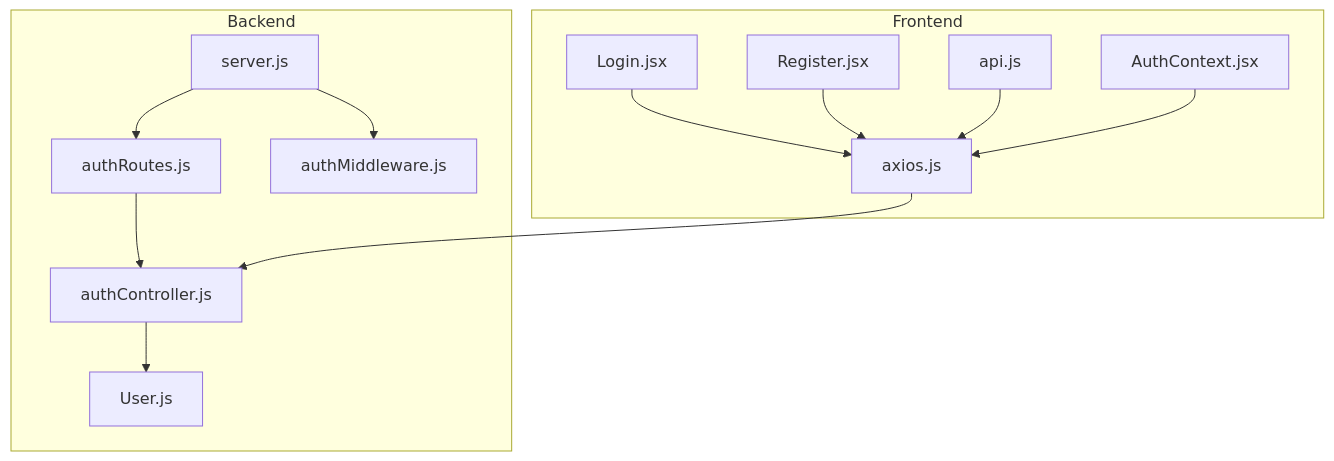
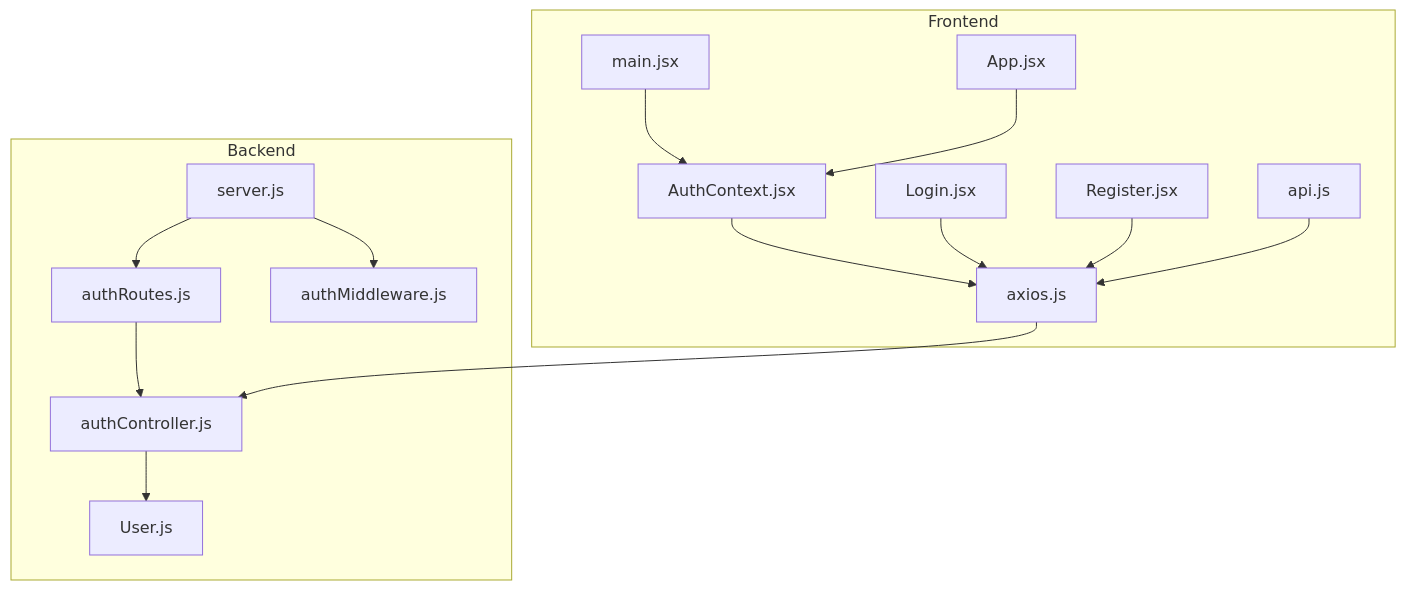
One commit to Pavan-PSPK9032/TrendsandToss changed the first of 5 diagrams in .qoder/repowiki/en/content/Authentication & Authorization/JWT Token Flow & Management.md. Above: the diagram before and after it, drawn with Mermaid. The commit also changed other lines of this file and 5 other files, not shown here.

````diff
--- a/.qoder/repowiki/en/content/Authentication & Authorization/JWT Token Flow & Management.md
+++ b/.qoder/repowiki/en/content/Authentication & Authorization/JWT Token Flow & Management.md
@@ -36,25 +46,29 @@
 ```mermaid
 graph TB
 subgraph "Backend"
 S["server.js"]
 AR["authRoutes.js"]
 AC["authController.js"]
 AM["authMiddleware.js"]
 UM["User.js"]
 end
 subgraph "Frontend"
+MAIN["main.jsx"]
 AX["axios.js"]
 API["api.js"]
 LC["Login.jsx"]
 RC["Register.jsx"]
 CTX["AuthContext.jsx"]
+APP["App.jsx"]
 end
 S --> AR --> AC
 AC --> UM
 S --> AM
+MAIN --> CTX
+CTX --> AX
+APP --> CTX
 LC --> AX
 RC --> AX
 AX --> AC
 API --> AX
-CTX --> AX
 ```
````
